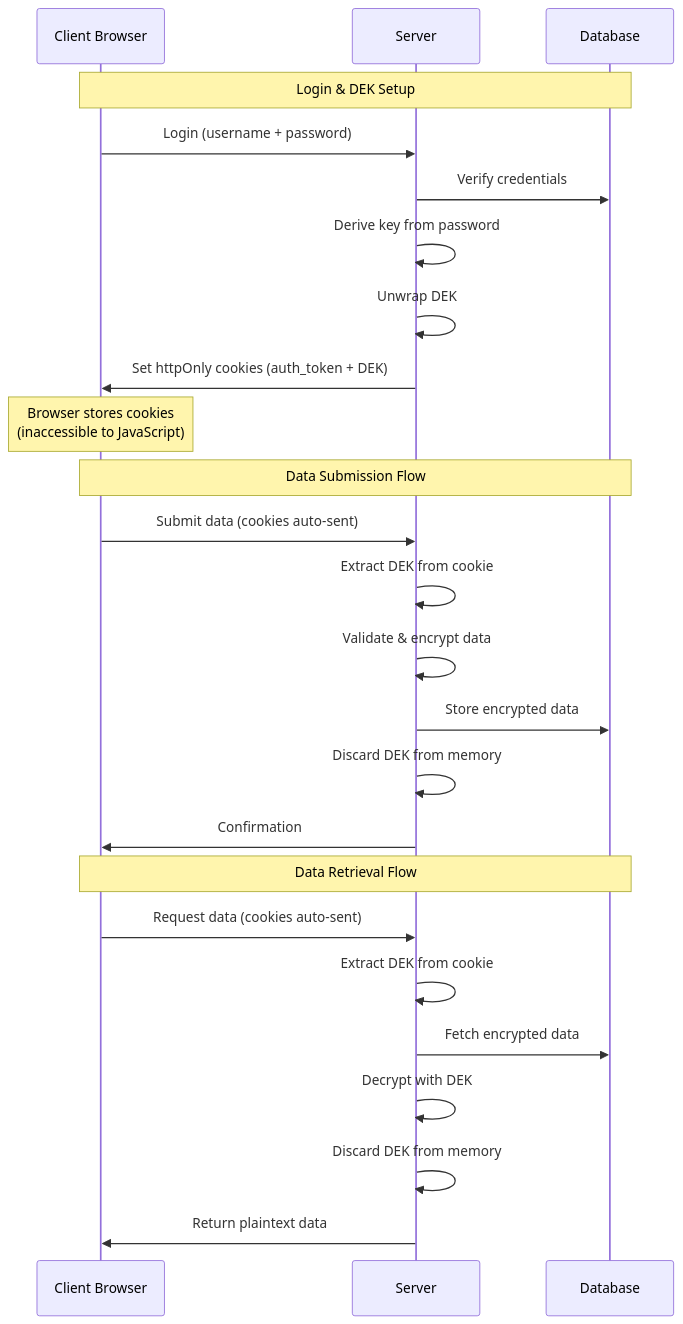
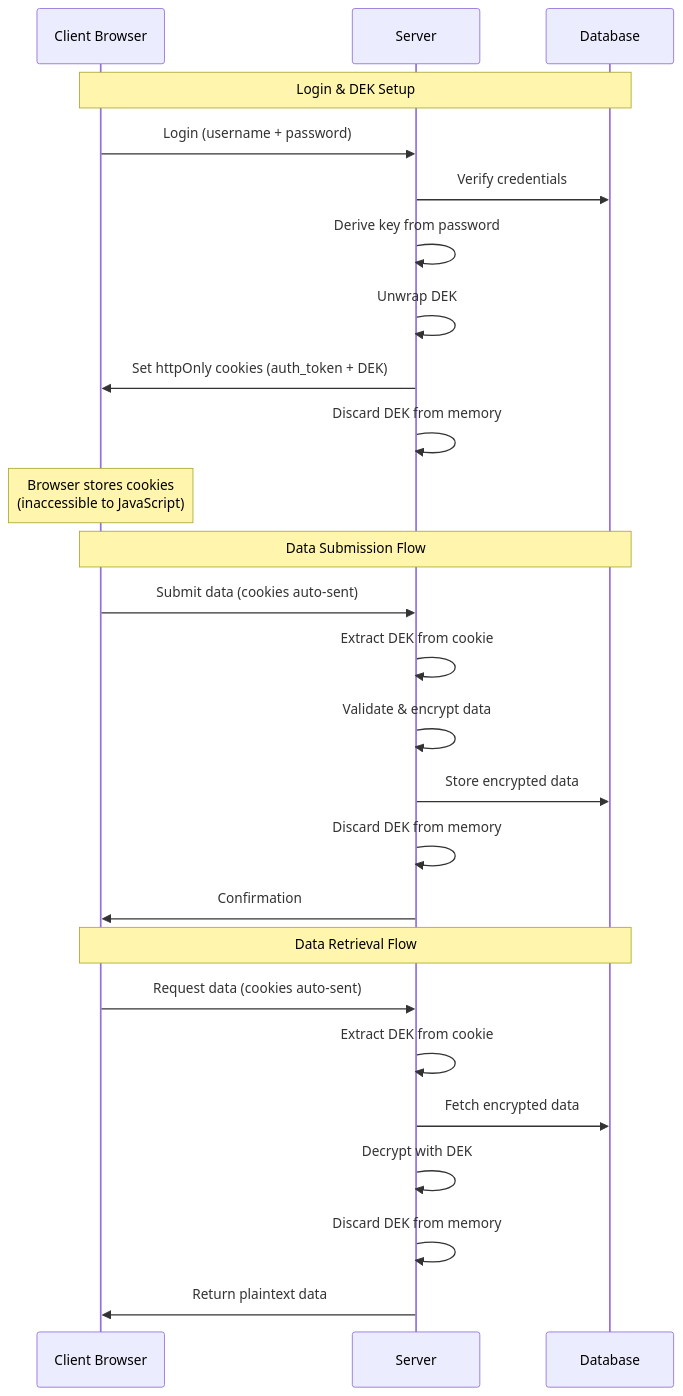
The second of 2 diagrams in ARCHITECTURE.md (DomiDre/kigaprio), drawn with Mermaid before and after one commit. The commit also changed other lines of this file and 3 other files, not shown here.

````diff
--- a/ARCHITECTURE.md
+++ b/ARCHITECTURE.md
@@ -167,30 +146,31 @@
 ```mermaid
 sequenceDiagram
     participant C as Client Browser
     participant S as Server
     participant DB as Database
     
     Note over C,DB: Login & DEK Setup
     C->>S: Login (username + password)
     S->>DB: Verify credentials
     S->>S: Derive key from password
     S->>S: Unwrap DEK
     S->>C: Set httpOnly cookies (auth_token + DEK)
+    S->>S: Discard DEK from memory
     Note over C: Browser stores cookies<br/>(inaccessible to JavaScript)
     
     Note over C,DB: Data Submission Flow
     C->>S: Submit data (cookies auto-sent)
     S->>S: Extract DEK from cookie
     S->>S: Validate & encrypt data
     S->>DB: Store encrypted data
     S->>S: Discard DEK from memory
     S->>C: Confirmation
     
     Note over C,DB: Data Retrieval Flow
     C->>S: Request data (cookies auto-sent)
     S->>S: Extract DEK from cookie
     S->>DB: Fetch encrypted data
     S->>S: Decrypt with DEK
     S->>S: Discard DEK from memory
     S->>C: Return plaintext data
 ```
````
